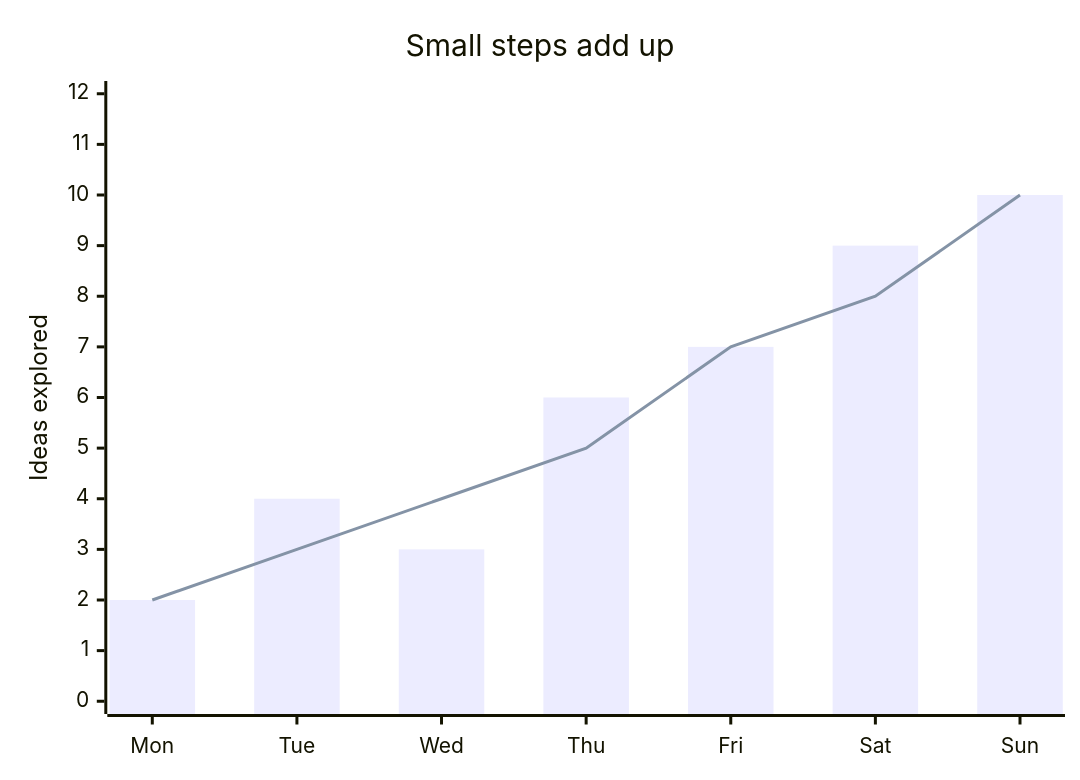
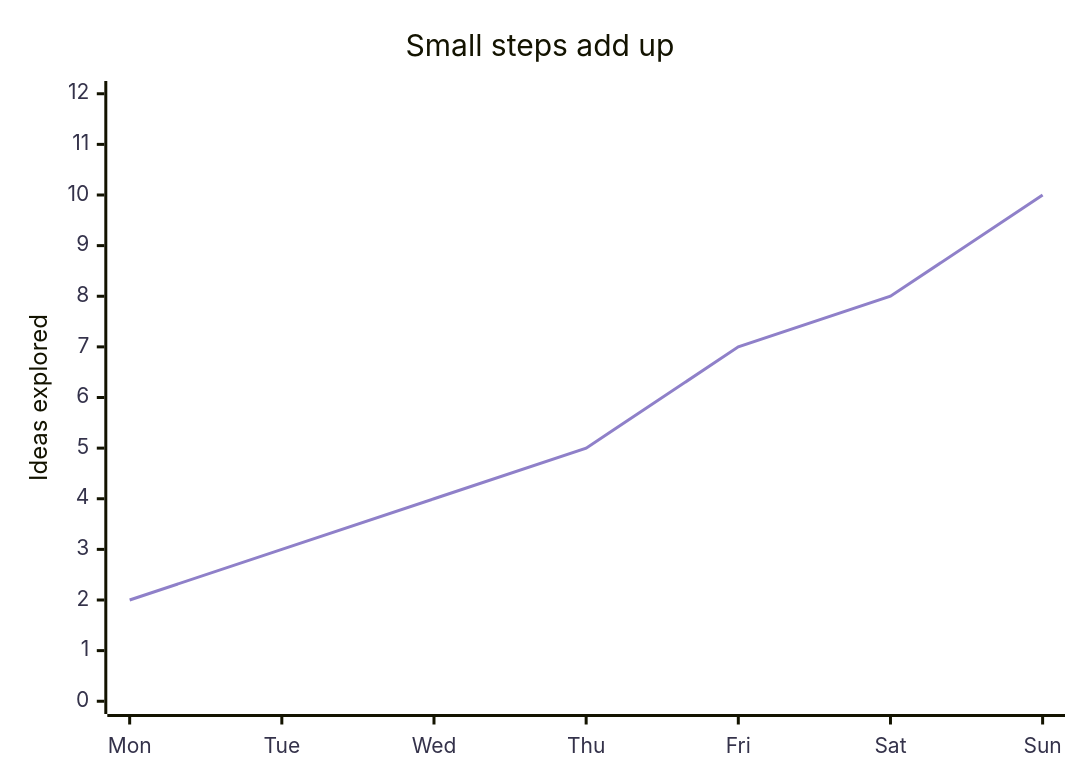
Before and after one commit to ThorFuchs/Swift-Mermaid: the diagram in Examples/MermaidGallery/Sources/GalleryContent/Diagrams/xychart.mmd, drawn with Mermaid. The commit also changed 32 other files, not shown here.

Commit message:
Polish diagram gallery and release 0.1.5

```diff
--- a/Examples/MermaidGallery/Sources/GalleryContent/Diagrams/xychart.mmd
+++ b/Examples/MermaidGallery/Sources/GalleryContent/Diagrams/xychart.mmd
@@ -1,6 +1,6 @@
+%%{init: {'theme':'base','themeVariables': {'xyChart': {'plotColorPalette':'#8F80C9','backgroundColor':'#FFFFFF','xAxisLabelColor':'#34324A','yAxisLabelColor':'#34324A'}}}}%%
 xychart-beta
     title "Small steps add up"
     x-axis [Mon, Tue, Wed, Thu, Fri, Sat, Sun]
     y-axis "Ideas explored" 0 --> 12
-    bar [2, 4, 3, 6, 7, 9, 10]
     line [2, 3, 4, 5, 7, 8, 10]
```
